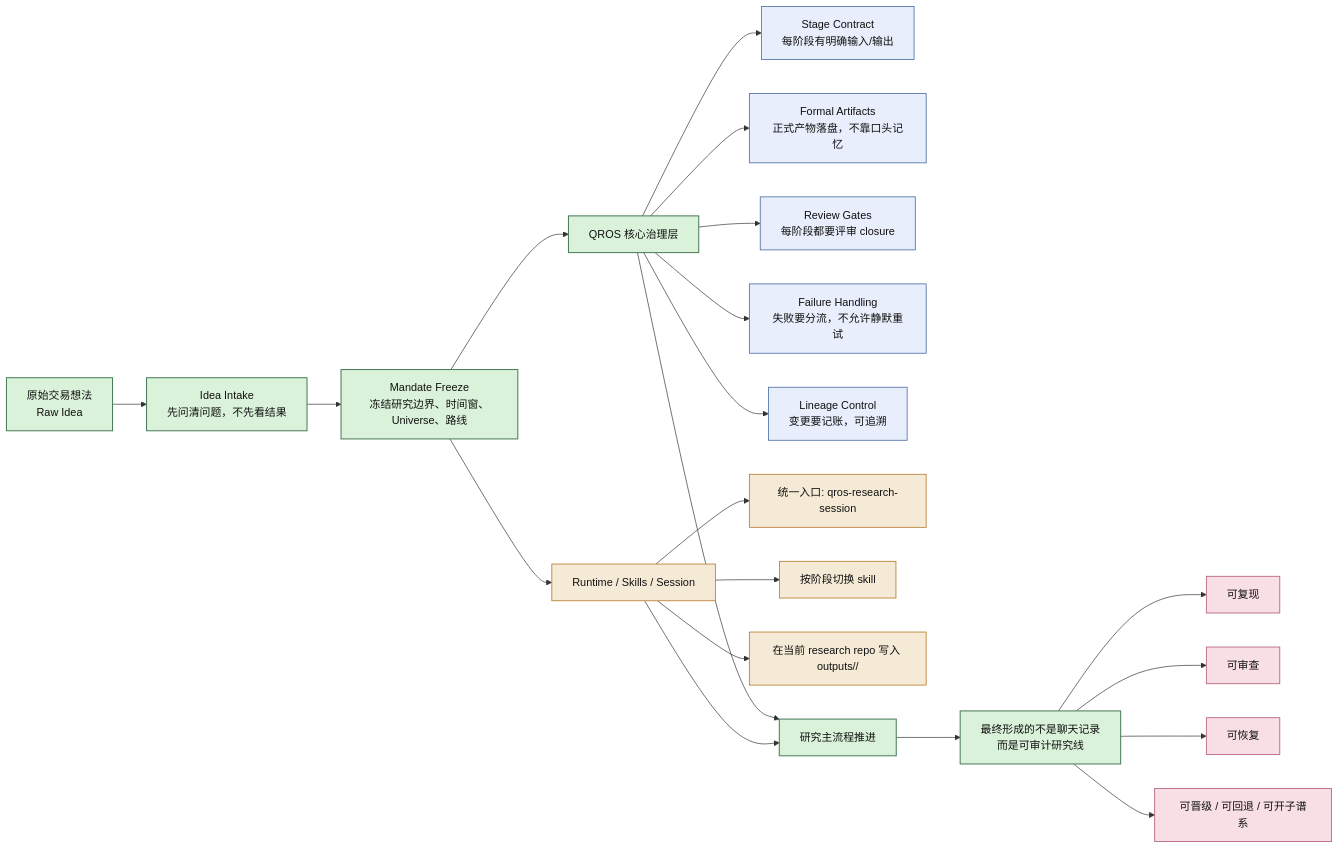
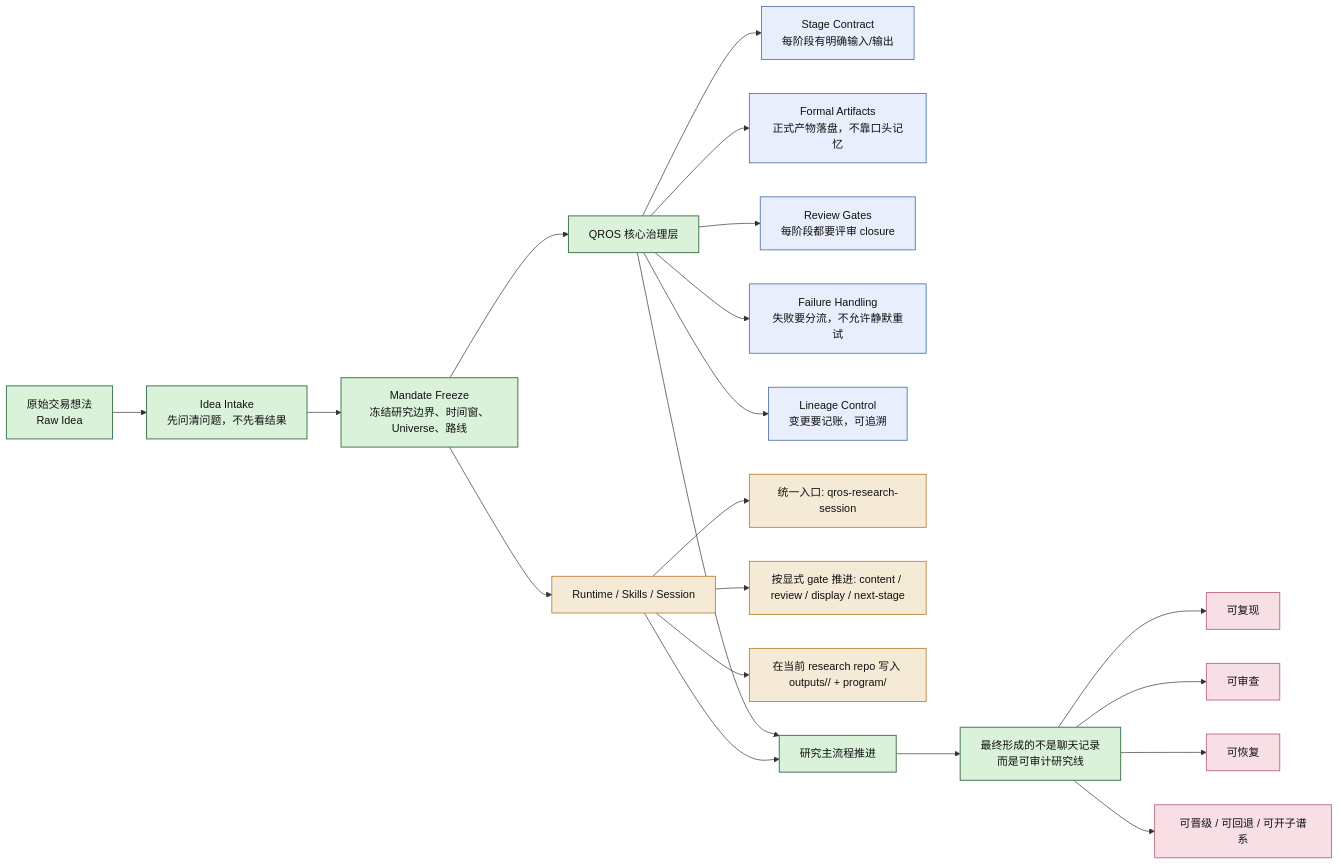
One commit to web3qt/quant-research-os changed the first of 2 diagrams in docs/show/README.md. Above: the diagram before and after it, drawn with Mermaid. The commit also changed other lines of this file and 2 other files, not shown here.

First line of the commit message:
Clarify the diagrammed runtime boundary for QROS readers

````diff
--- a/docs/show/README.md
+++ b/docs/show/README.md
@@ -37,38 +37,38 @@
 ```mermaid
 flowchart LR
     A["原始交易想法<br/>Raw Idea"] --> B["Idea Intake<br/>先问清问题，不先看结果"]
     B --> C["Mandate Freeze<br/>冻结研究边界、时间窗、Universe、路线"]
 
     C --> D["QROS 核心治理层"]
 
     D --> D1["Stage Contract<br/>每阶段有明确输入/输出"]
     D --> D2["Formal Artifacts<br/>正式产物落盘，不靠口头记忆"]
     D --> D3["Review Gates<br/>每阶段都要评审 closure"]
     D --> D4["Failure Handling<br/>失败要分流，不允许静默重试"]
     D --> D5["Lineage Control<br/>变更要记账，可追溯"]
 
     C --> E["Runtime / Skills / Session"]
     E --> E1["统一入口: qros-research-session"]
-    E --> E2["按阶段切换 skill"]
-    E --> E3["在当前 research repo 写入 outputs/<lineage_id>/<stage>"]
+    E --> E2["按显式 gate 推进: content / review / display / next-stage"]
+    E --> E3["在当前 research repo 写入 outputs/<lineage_id>/ + program/"]
 
     D --> F["研究主流程推进"]
     E --> F
 
     F --> G["最终形成的不是聊天记录<br/>而是可审计研究线"]
 
     G --> G1["可复现"]
     G --> G2["可审查"]
     G --> G3["可恢复"]
     G --> G4["可晋级 / 可回退 / 可开子谱系"]
 
     classDef main fill:#d9f2d9,stroke:#4a7c59,stroke-width:1.5px,color:#111;
     classDef control fill:#e8eefc,stroke:#4a6fa5,stroke-width:1.2px,color:#111;
     classDef runtime fill:#f5ead6,stroke:#b67b2d,stroke-width:1.2px,color:#111;
     classDef outcome fill:#f7dfe5,stroke:#b35d74,stroke-width:1.2px,color:#111;
 
     class A,B,C,D,F,G main;
     class D1,D2,D3,D4,D5 control;
     class E,E1,E2,E3 runtime;
     class G1,G2,G3,G4 outcome;
 ```
````
